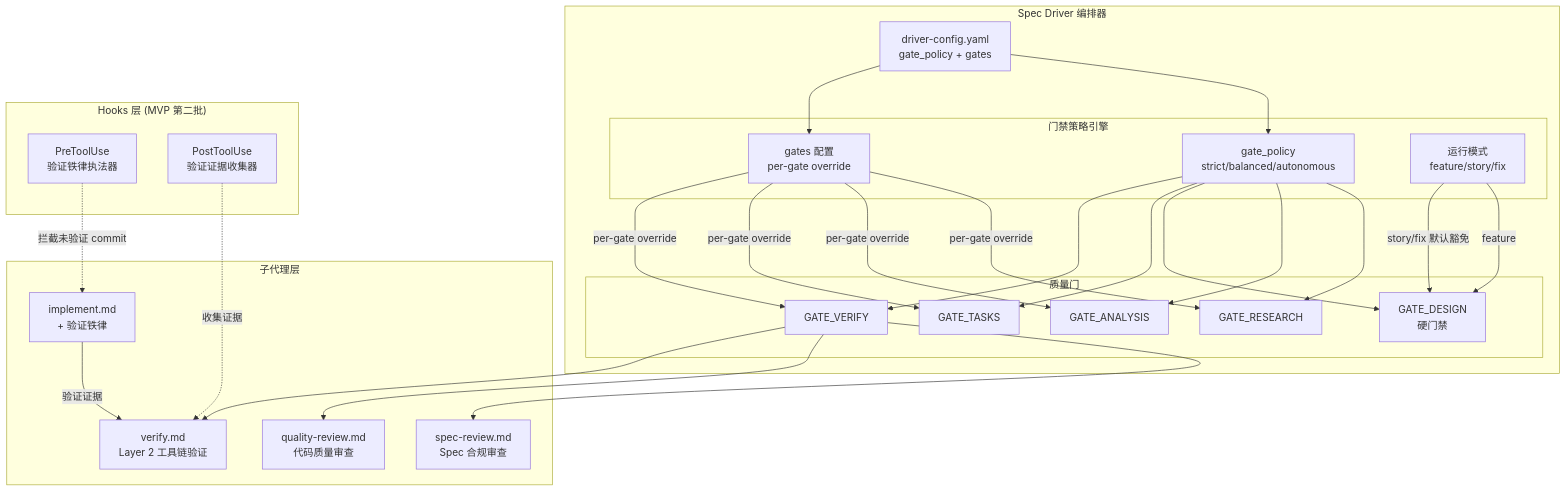
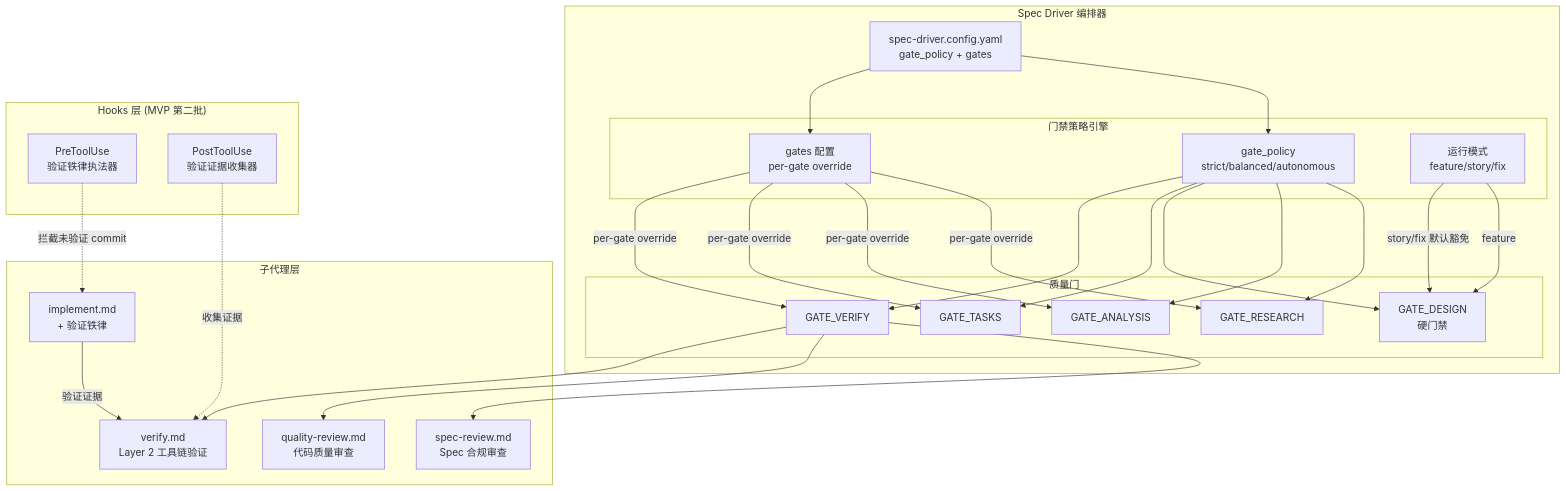
Before and after one commit to connor-git-yaml/cc-plugin-market: the first of 4 diagrams in specs/017-adopt-superpowers-patterns/plan.md, drawn with Mermaid. The commit also changed other lines of this file and 53 other files, not shown here.

First line of the commit message:
feat(spec-driver)!: rename config to spec-driver.config.yaml

````diff
--- a/specs/017-adopt-superpowers-patterns/plan.md
+++ b/specs/017-adopt-superpowers-patterns/plan.md
@@ -107,54 +107,54 @@
 ```mermaid
 graph TB
     subgraph "Spec Driver 编排器"
-        CONFIG[driver-config.yaml<br/>gate_policy + gates]
+        CONFIG[spec-driver.config.yaml<br/>gate_policy + gates]
 
         subgraph "门禁策略引擎"
             GP[gate_policy<br/>strict/balanced/autonomous]
             GC[gates 配置<br/>per-gate override]
             MODE[运行模式<br/>feature/story/fix]
         end
 
         subgraph "质量门"
             GR[GATE_RESEARCH]
             GA[GATE_ANALYSIS]
             GD[GATE_DESIGN<br/>硬门禁]
             GT[GATE_TASKS]
             GV[GATE_VERIFY]
         end
     end
 
     subgraph "子代理层"
         IMP[implement.md<br/>+ 验证铁律]
         SR[spec-review.md<br/>Spec 合规审查]
         QR[quality-review.md<br/>代码质量审查]
         VER[verify.md<br/>Layer 2 工具链验证]
     end
 
     subgraph "Hooks 层 (MVP 第二批)"
         PRE[PreToolUse<br/>验证铁律执法器]
         POST[PostToolUse<br/>验证证据收集器]
     end
 
     CONFIG --> GP
     CONFIG --> GC
     GP --> GR
     GP --> GA
     GP --> GD
     GP --> GT
     GP --> GV
     MODE -->|feature| GD
     MODE -->|story/fix 默认豁免| GD
     GC -->|per-gate override| GR
     GC -->|per-gate override| GA
     GC -->|per-gate override| GT
     GC -->|per-gate override| GV
 
     GV --> SR
     GV --> QR
     GV --> VER
 
     IMP -->|验证证据| VER
     PRE -.->|拦截未验证 commit| IMP
     POST -.->|收集证据| VER
 ```
````
